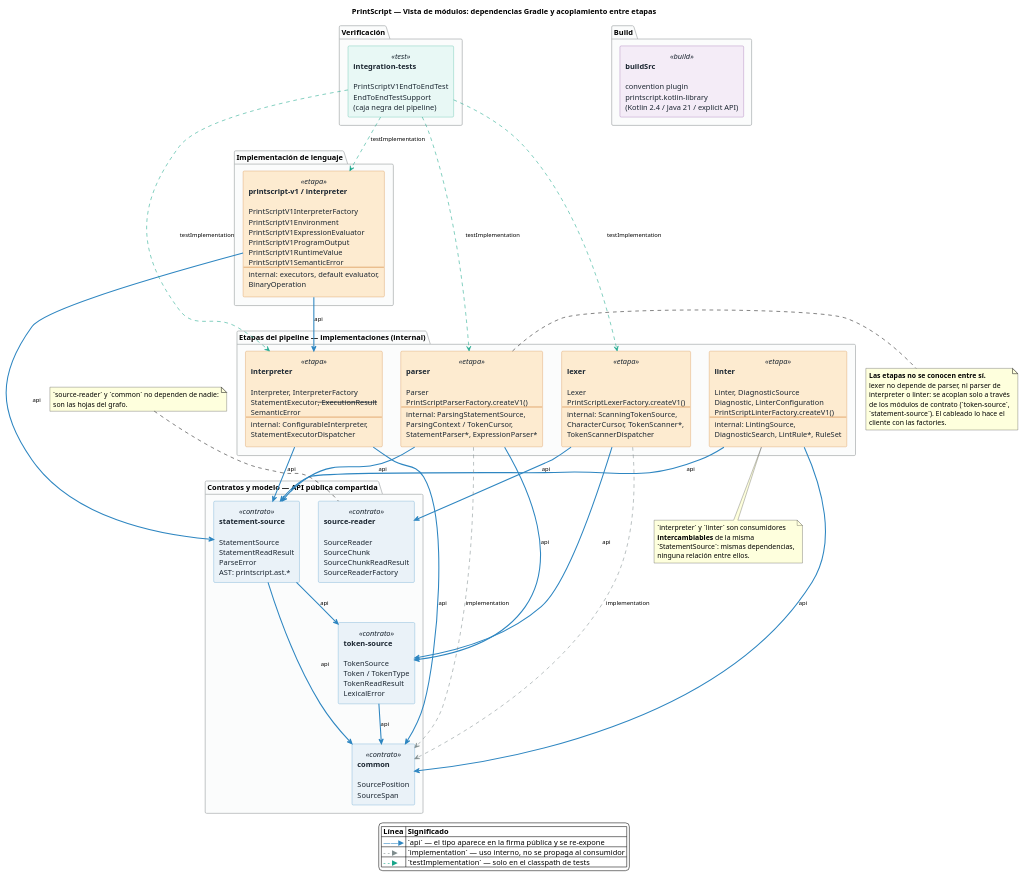
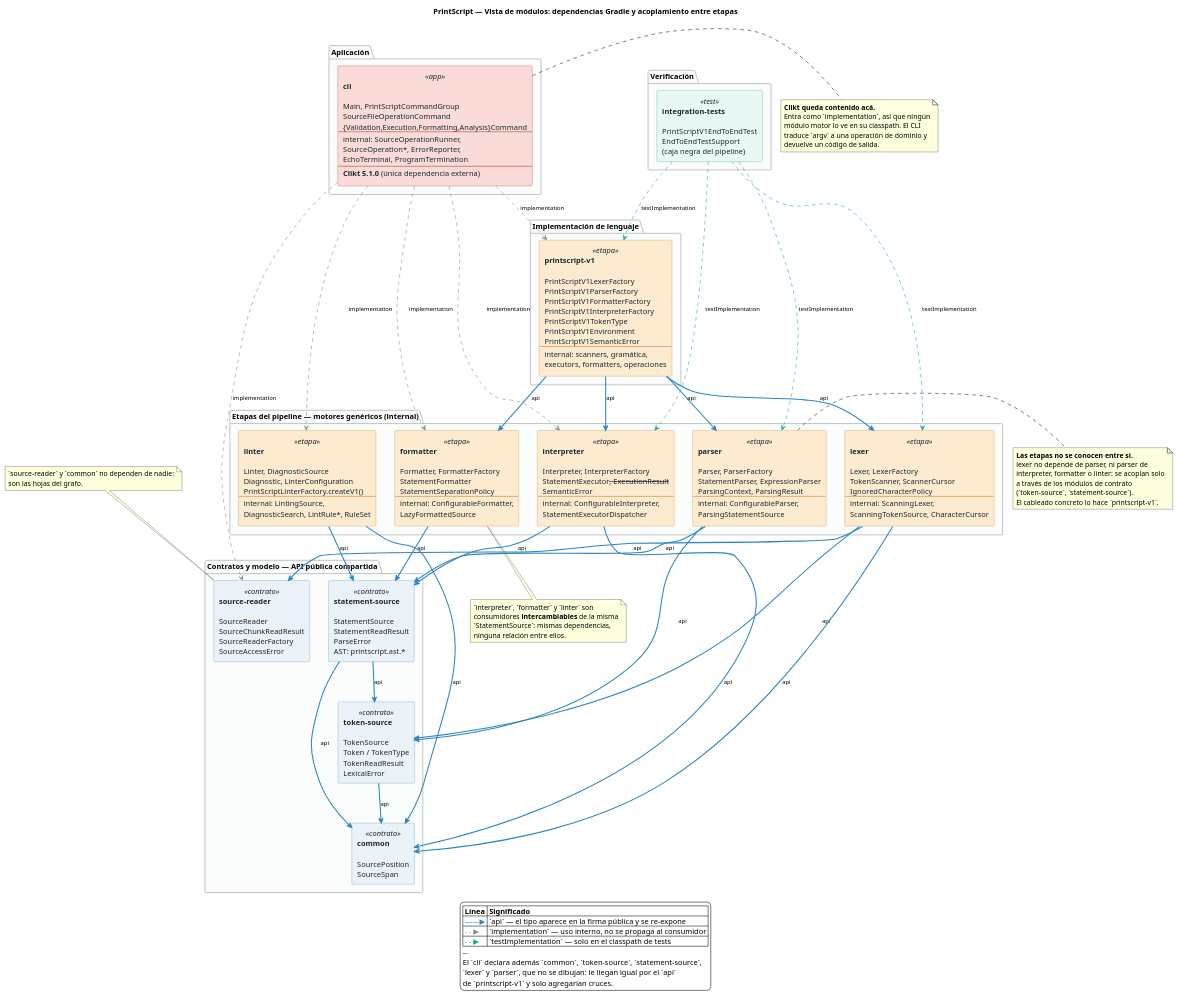
One commit to JJT-INGSIS/printscript changed the diagram in docs/diagrams/modulos.puml. Above: the diagram before and after it, drawn with PlantUML. The commit also changed 4 other files, not shown here.

Commit message:
terminado, cambie los diagramas

```diff
--- a/docs/diagrams/modulos.puml
+++ b/docs/diagrams/modulos.puml
@@ -1,105 +1,126 @@
 @startuml printscript-modulos
 title PrintScript — Vista de módulos: dependencias Gradle y acoplamiento entre etapas
 
 skinparam backgroundColor #FFFFFF
 skinparam shadowing false
 skinparam componentStyle rectangle
 skinparam ArrowFontSize 11
 skinparam PackageFontSize 14
 skinparam PackageBorderColor #B3B6B7
 skinparam PackageBackgroundColor #FBFCFC
 skinparam DefaultFontName Helvetica
 
 skinparam rectangle {
   FontColor #1B2631
   BorderColor<<contrato>> #2E86C1
   BackgroundColor<<contrato>> #EAF2F8
   BorderColor<<etapa>> #CA6F1E
   BackgroundColor<<etapa>> #FDEBD0
   BorderColor<<test>> #17A589
   BackgroundColor<<test>> #E8F8F5
-  BorderColor<<build>> #7D3C98
-  BackgroundColor<<build>> #F4ECF7
+  BorderColor<<app>> #A93226
+  BackgroundColor<<app>> #FADBD8
+}
+
+package "Aplicación" {
+  rectangle "**cli**\n\nMain, PrintScriptCommandGroup\nSourceFileOperationCommand\n{Validation,Execution,Formatting,Analysis}Command\n--\ninternal: SourceOperationRunner,\nSourceOperation*, ErrorReporter,\nEchoTerminal, ProgramTermination\n--\n**Clikt 5.1.0** (única dependencia externa)" as cli <<app>>
 }
 
 package "Verificación" {
   rectangle "**integration-tests**\n\nPrintScriptV1EndToEndTest\nEndToEndTestSupport\n(caja negra del pipeline)" as tests <<test>>
 }
 
-package "Etapas del pipeline — implementaciones (internal)" {
-  rectangle "**lexer**\n\nLexer\nPrintScriptLexerFactory.createV1()\n--\ninternal: ScanningTokenSource,\nCharacterCursor, TokenScanner*,\nTokenScannerDispatcher" as lexer <<etapa>>
-  rectangle "**parser**\n\nParser\nPrintScriptParserFactory.createV1()\n--\ninternal: ParsingStatementSource,\nParsingContext / TokenCursor,\nStatementParser*, ExpressionParser*" as parser <<etapa>>
+package "Etapas del pipeline — motores genéricos (internal)" {
+  rectangle "**lexer**\n\nLexer, LexerFactory\nTokenScanner, ScannerCursor\nIgnoredCharacterPolicy\n--\ninternal: ScanningLexer,\nScanningTokenSource, CharacterCursor" as lexer <<etapa>>
+  rectangle "**parser**\n\nParser, ParserFactory\nStatementParser, ExpressionParser\nParsingContext, ParsingResult\n--\ninternal: ConfigurableParser,\nParsingStatementSource" as parser <<etapa>>
   rectangle "**interpreter**\n\nInterpreter, InterpreterFactory\nStatementExecutor<S>, ExecutionResult\nSemanticError\n--\ninternal: ConfigurableInterpreter,\nStatementExecutorDispatcher" as interpreter <<etapa>>
+  rectangle "**formatter**\n\nFormatter, FormatterFactory\nStatementFormatter\nStatementSeparationPolicy\n--\ninternal: ConfigurableFormatter,\nLazyFormattedSource" as formatter <<etapa>>
   rectangle "**linter**\n\nLinter, DiagnosticSource\nDiagnostic, LinterConfiguration\nPrintScriptLinterFactory.createV1()\n--\ninternal: LintingSource,\nDiagnosticSearch, LintRule*, RuleSet" as linter <<etapa>>
 }
 
 package "Implementación de lenguaje" {
-  rectangle "**printscript-v1 / interpreter**\n\nPrintScriptV1InterpreterFactory\nPrintScriptV1Environment\nPrintScriptV1ExpressionEvaluator\nPrintScriptV1ProgramOutput\nPrintScriptV1RuntimeValue\nPrintScriptV1SemanticError\n--\ninternal: executors, default evaluator,\nBinaryOperation" as interpreterv1 <<etapa>>
+  rectangle "**printscript-v1**\n\nPrintScriptV1LexerFactory\nPrintScriptV1ParserFactory\nPrintScriptV1FormatterFactory\nPrintScriptV1InterpreterFactory\nPrintScriptV1TokenType\nPrintScriptV1Environment\nPrintScriptV1SemanticError\n--\ninternal: scanners, gramática,\nexecutors, formatters, operaciones" as v1 <<etapa>>
 }
 
 package "Contratos y modelo — API pública compartida" {
-  rectangle "**source-reader**\n\nSourceReader\nSourceChunk\nSourceChunkReadResult\nSourceReaderFactory" as sourcereader <<contrato>>
+  rectangle "**source-reader**\n\nSourceReader\nSourceChunkReadResult\nSourceReaderFactory\nSourceAccessError" as sourcereader <<contrato>>
   rectangle "**token-source**\n\nTokenSource\nToken / TokenType\nTokenReadResult\nLexicalError" as tokensource <<contrato>>
   rectangle "**statement-source**\n\nStatementSource\nStatementReadResult\nParseError\nAST: printscript.ast.*" as statementsource <<contrato>>
   rectangle "**common**\n\nSourcePosition\nSourceSpan" as common <<contrato>>
 }
 
-package "Build" {
-  rectangle "**buildSrc**\n\nconvention plugin\nprintscript.kotlin-library\n(Kotlin 2.4 / Java 21 / explicit API)" as buildsrc <<build>>
-}
-
 ' ---- api: la dependencia se re-expone a los consumidores ----
 lexer        -[#2E86C1,bold]-> sourcereader   : api
 lexer        -[#2E86C1,bold]-> tokensource    : api
+lexer        -[#2E86C1,bold]-> common         : api
 parser       -[#2E86C1,bold]-> tokensource    : api
 parser       -[#2E86C1,bold]-> statementsource: api
 interpreter  -[#2E86C1,bold]-> statementsource: api
 interpreter  -[#2E86C1,bold]-> common         : api
-interpreterv1 -[#2E86C1,bold]-> interpreter   : api
-interpreterv1 -[#2E86C1,bold]-> statementsource: api
+formatter    -[#2E86C1,bold]-> statementsource: api
 linter       -[#2E86C1,bold]-> statementsource: api
 linter       -[#2E86C1,bold]-> common         : api
 statementsource -[#2E86C1,bold]-> tokensource : api
 statementsource -[#2E86C1,bold]-> common      : api
 tokensource  -[#2E86C1,bold]-> common         : api
 
+v1 -[#2E86C1,bold]-> lexer       : api
+v1 -[#2E86C1,bold]-> parser      : api
+v1 -[#2E86C1,bold]-> formatter   : api
+v1 -[#2E86C1,bold]-> interpreter : api
+
 ' ---- implementation: detalle interno, no se propaga ----
-lexer   .[#7F8C8D].> common : implementation
-parser  .[#7F8C8D].> common : implementation
+cli .[#7F8C8D].> v1           : implementation
+cli .[#7F8C8D].> interpreter  : implementation
+cli .[#7F8C8D].> formatter    : implementation
+cli .[#7F8C8D].> linter       : implementation
+cli .[#7F8C8D].> sourcereader : implementation
 
 ' ---- testImplementation ----
 tests .[#17A589].> lexer       : testImplementation
 tests .[#17A589].> parser      : testImplementation
 tests .[#17A589].> interpreter : testImplementation
-tests .[#17A589].> interpreterv1 : testImplementation
+tests .[#17A589].> v1          : testImplementation
 
 note right of parser
   **Las etapas no se conocen entre sí.**
   lexer no depende de parser, ni parser de
-  interpreter o linter: se acoplan solo a través
-  de los módulos de contrato (`token-source`,
-  `statement-source`). El cableado lo hace el
-  cliente con las factories.
+  interpreter, formatter o linter: se acoplan solo
+  a través de los módulos de contrato
+  (`token-source`, `statement-source`).
+  El cableado concreto lo hace `printscript-v1`.
 end note
 
-note bottom of linter
-  `interpreter` y `linter` son consumidores
-  **intercambiables** de la misma
+note right of cli
+  **Clikt queda contenido acá.**
+  Entra como `implementation`, así que ningún
+  módulo motor lo ve en su classpath. El CLI
+  traduce `argv` a una operación de dominio y
+  devuelve un código de salida.
+end note
+
+note bottom of formatter
+  `interpreter`, `formatter` y `linter` son
+  consumidores **intercambiables** de la misma
   `StatementSource`: mismas dependencias,
   ninguna relación entre ellos.
 end note
 
 note as N1
   `source-reader` y `common` no dependen de nadie:
   son las hojas del grafo.
 end note
 N1 .. sourcereader
 
 legend bottom
   |= Línea |= Significado |
   | <color:#2E86C1>——▶</color> | `api` — el tipo aparece en la firma pública y se re-expone |
   | <color:#7F8C8D>- - ▶</color> | `implementation` — uso interno, no se propaga al consumidor |
   | <color:#17A589>- - ▶</color> | `testImplementation` — solo en el classpath de tests |
+  --
+  El `cli` declara además `common`, `token-source`, `statement-source`,
+  `lexer` y `parser`, que no se dibujan: le llegan igual por el `api`
+  de `printscript-v1` y solo agregarían cruces.
 endlegend
 
 @enduml
```
